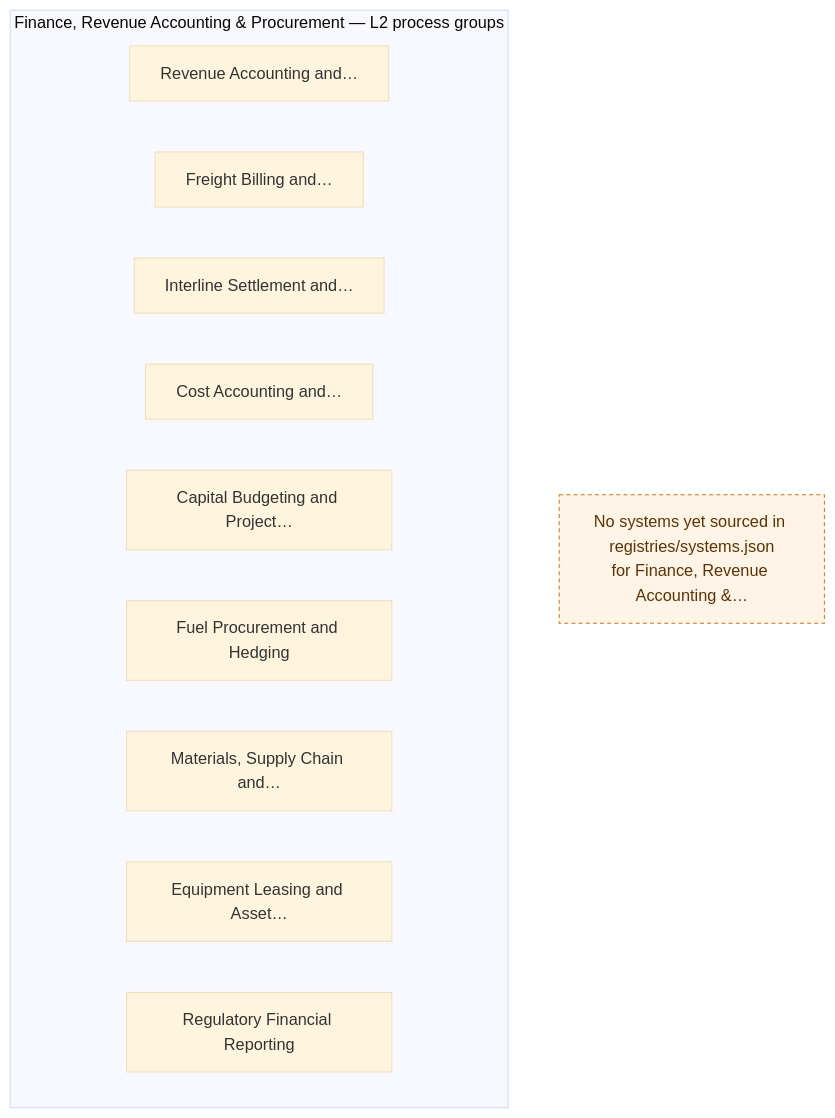
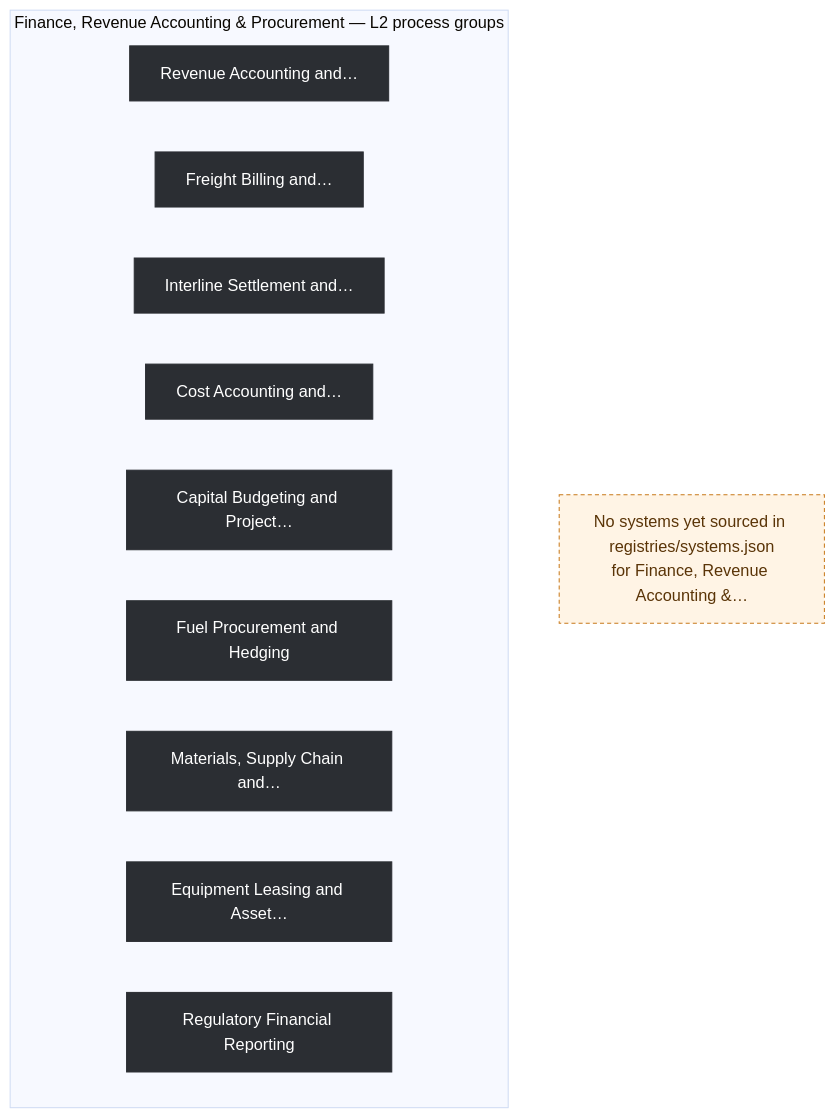
The diagram in ea-diagrams/rr-13-finance-revenue-accounting-procurement.mmd (ghatk047/rail-wiki), drawn with Mermaid before and after one commit. The commit also changed 474 other files, not shown here.

First line of the commit message:
Fix blurry lightbox zoom; add real usage connectors to EA diagrams

```diff
--- a/ea-diagrams/rr-13-finance-revenue-accounting-procurement.mmd
+++ b/ea-diagrams/rr-13-finance-revenue-accounting-procurement.mmd
@@ -1,22 +1,25 @@
 %%{init: {'flowchart': {'curve': 'basis'}, 'theme':'base'}}%%
 flowchart TB
 
   subgraph PROCS["Finance, Revenue Accounting & Procurement — L2 process groups"]
     direction LR
-    G1["Revenue Accounting and…"]
-    G2["Freight Billing and…"]
-    G3["Interline Settlement and…"]
-    G4["Cost Accounting and…"]
-    G5["Capital Budgeting and Project…"]
-    G6["Fuel Procurement and Hedging"]
-    G7["Materials, Supply Chain and…"]
-    G8["Equipment Leasing and Asset…"]
-    G9["Regulatory Financial Reporting"]
+    G1["Revenue Accounting and…"]:::l2
+    G2["Freight Billing and…"]:::l2
+    G3["Interline Settlement and…"]:::l2
+    G4["Cost Accounting and…"]:::l2
+    G5["Capital Budgeting and Project…"]:::l2
+    G6["Fuel Procurement and Hedging"]:::l2
+    G7["Materials, Supply Chain and…"]:::l2
+    G8["Equipment Leasing and Asset…"]:::l2
+    G9["Regulatory Financial Reporting"]:::l2
   end
 
   NONE["No systems yet sourced in registries/systems.json\nfor Finance, Revenue Accounting &…"]:::empty
 
+  %% No generated process yet cites a system in this domain -- no usage edges to draw
+
+classDef l2 fill:#2b2e33,color:#fff,stroke:#2b2e33
 classDef company fill:#fdecd8,stroke:#c8791a,color:#5a3407
 classDef industry fill:#e6e9ec,stroke:#5c5f66,color:#2b2e33
 classDef other fill:#f2f2f0,stroke:#9a9da3,color:#3d4348
 classDef empty fill:#fff4e5,stroke:#c8791a,color:#5a3407,stroke-dasharray: 4 3
```
